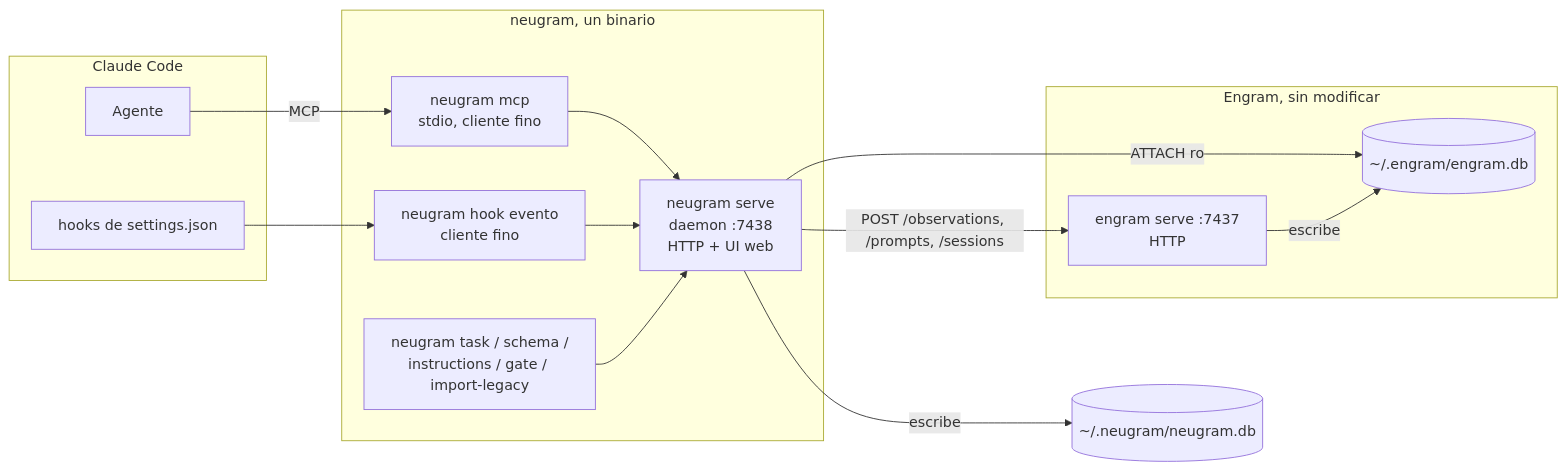
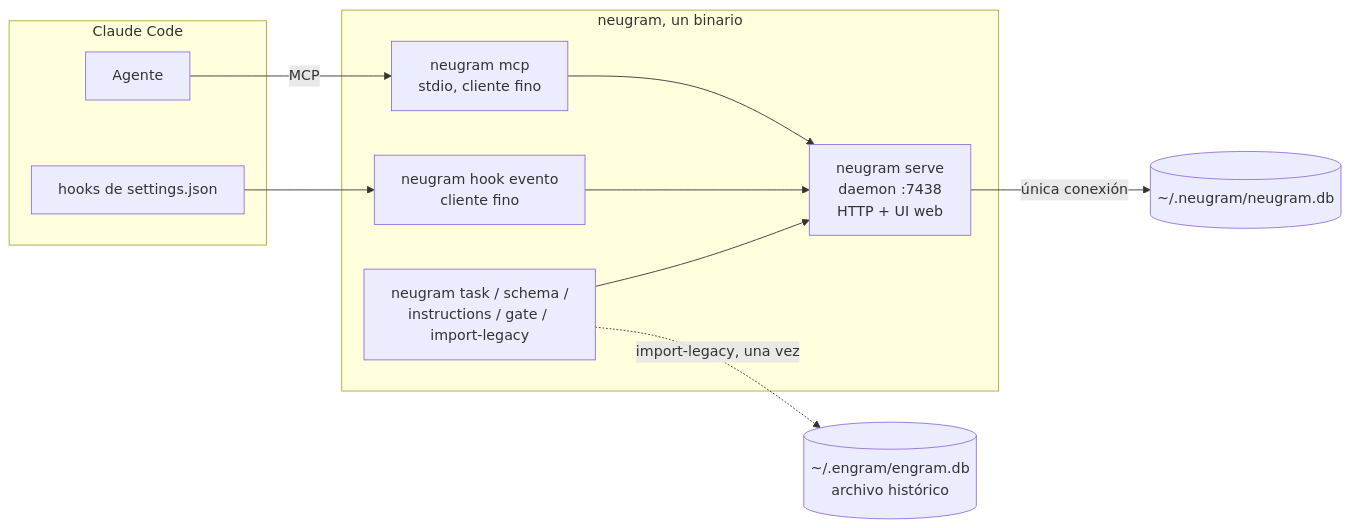
The first of 5 diagrams in docs/architecture.md (rcrespodev/neugram), drawn with Mermaid before and after one commit. The commit also changed other lines of this file and 2 other files, not shown here.

````diff
--- a/docs/architecture.md
+++ b/docs/architecture.md
@@ -9,26 +10,21 @@
 ```mermaid
 flowchart LR
     subgraph claude [Claude Code]
         A[Agente]
         H[hooks de settings.json]
     end
     subgraph neugram [neugram, un binario]
         M[neugram mcp<br/>stdio, cliente fino]
         K[neugram hook evento<br/>cliente fino]
         D[neugram serve<br/>daemon :7438<br/>HTTP + UI web]
         C[neugram task / schema /<br/>instructions / gate / import-legacy]
     end
-    subgraph engram [Engram, sin modificar]
-        E[engram serve :7437<br/>HTTP]
-        EDB[(~/.engram/engram.db)]
-    end
     NDB[(~/.neugram/neugram.db)]
+    LDB[(~/.engram/engram.db<br/>archivo histórico)]
 
     A -- MCP --> M --> D
     H --> K --> D
     C --> D
-    D -- escribe --> NDB
-    D -- ATTACH ro --> EDB
-    D -- POST /observations, /prompts, /sessions --> E
-    E -- escribe --> EDB
+    D -- única conexión --> NDB
+    C -. import-legacy, una vez .-> LDB
 ```
````
